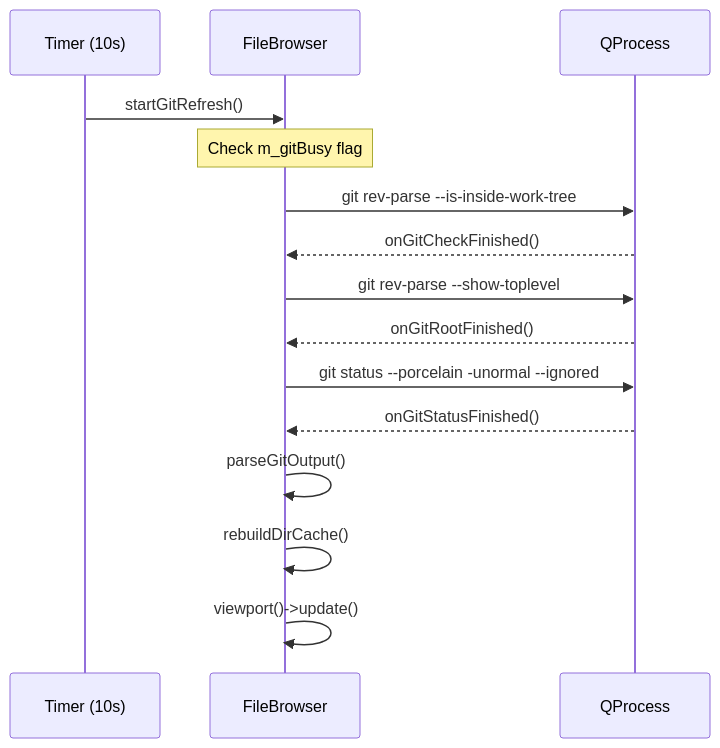
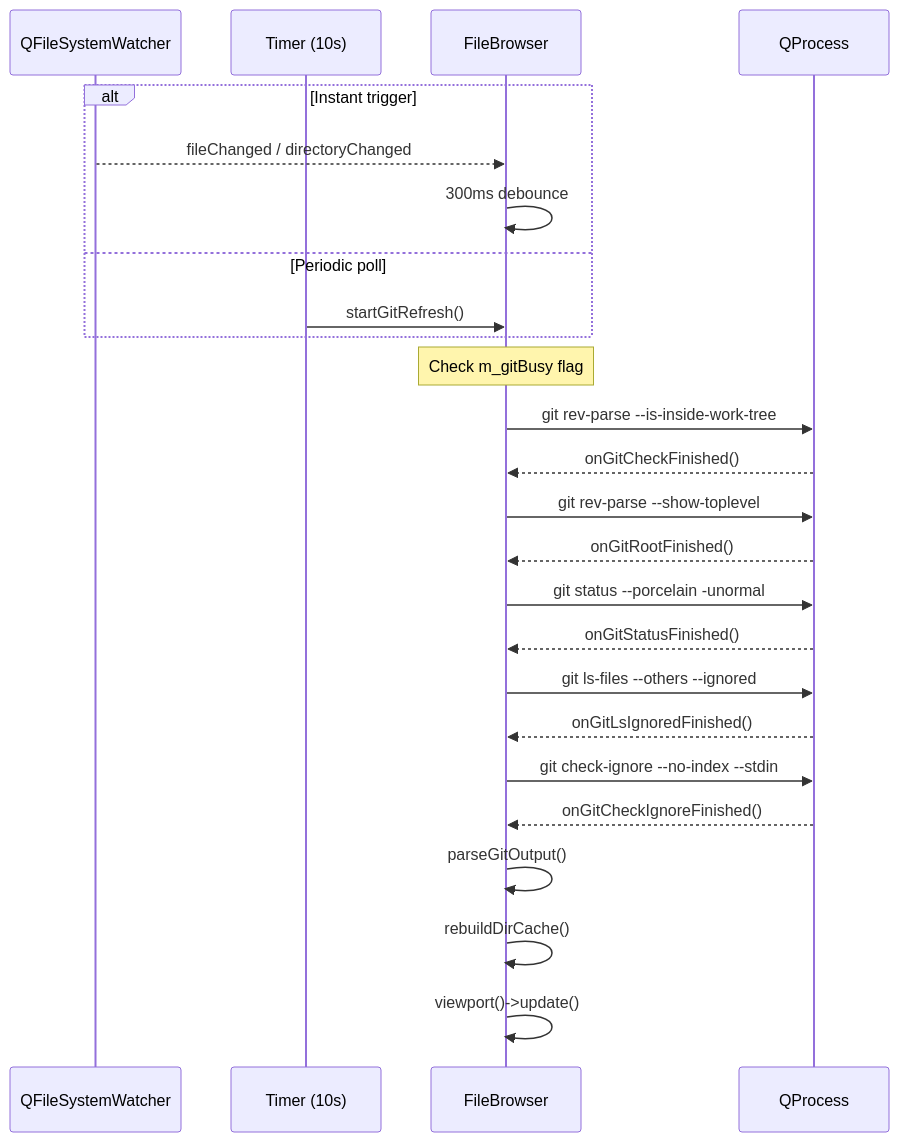
Before and after one commit to dkrse/vibe-coder: the ninth of 15 diagrams in docs/diagrams.md, drawn with Mermaid. The commit also changed other lines of this file and 8 other files, not shown here.

````diff
--- a/docs/diagrams.md
+++ b/docs/diagrams.md
@@ -323,22 +347,35 @@
 ```mermaid
 sequenceDiagram
+    participant FSW as QFileSystemWatcher
     participant Timer as Timer (10s)
     participant FileBrowser
     participant GitProc as QProcess
 
-    Timer->>FileBrowser: startGitRefresh()
+    alt Instant trigger
+        FSW-->>FileBrowser: fileChanged / directoryChanged
+        FileBrowser->>FileBrowser: 300ms debounce
+    else Periodic poll
+        Timer->>FileBrowser: startGitRefresh()
+    end
+
     Note over FileBrowser: Check m_gitBusy flag
 
     FileBrowser->>GitProc: git rev-parse --is-inside-work-tree
     GitProc-->>FileBrowser: onGitCheckFinished()
 
     FileBrowser->>GitProc: git rev-parse --show-toplevel
     GitProc-->>FileBrowser: onGitRootFinished()
 
-    FileBrowser->>GitProc: git status --porcelain -unormal --ignored
+    FileBrowser->>GitProc: git status --porcelain -unormal
     GitProc-->>FileBrowser: onGitStatusFinished()
+
+    FileBrowser->>GitProc: git ls-files --others --ignored
+    GitProc-->>FileBrowser: onGitLsIgnoredFinished()
+
+    FileBrowser->>GitProc: git check-ignore --no-index --stdin
+    GitProc-->>FileBrowser: onGitCheckIgnoreFinished()
 
     FileBrowser->>FileBrowser: parseGitOutput()
     FileBrowser->>FileBrowser: rebuildDirCache()
     FileBrowser->>FileBrowser: viewport()->update()
 ```
````
